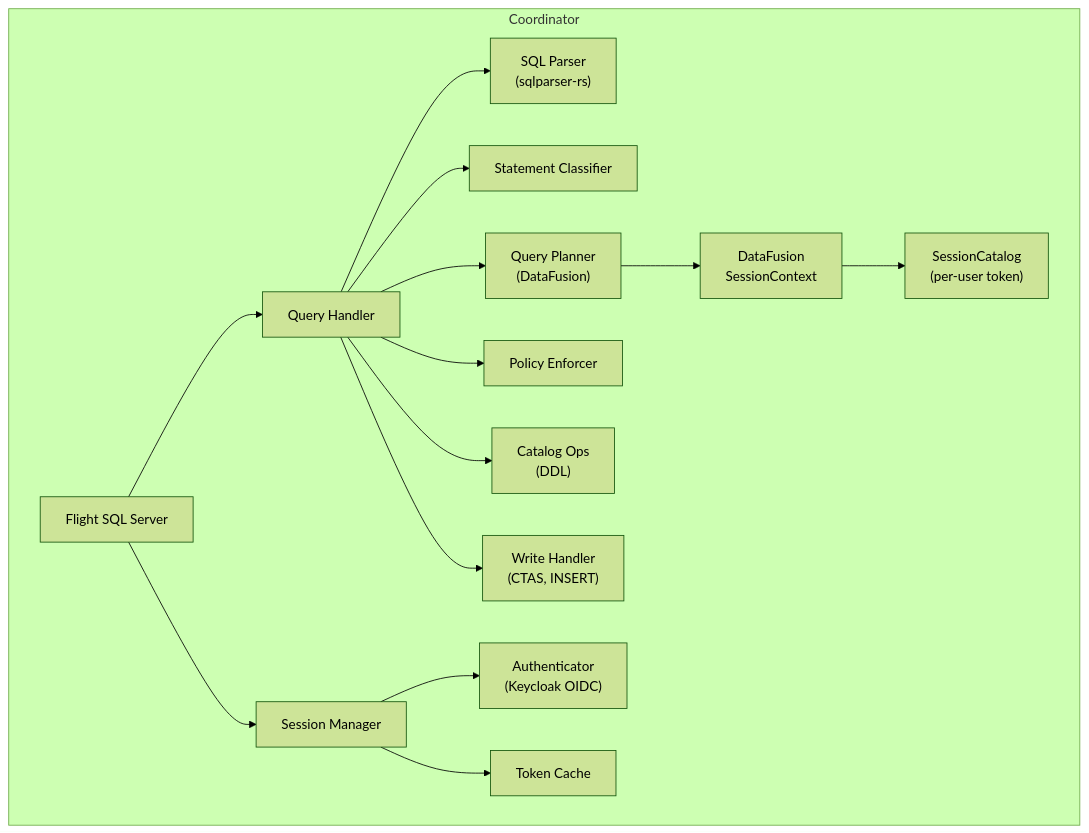
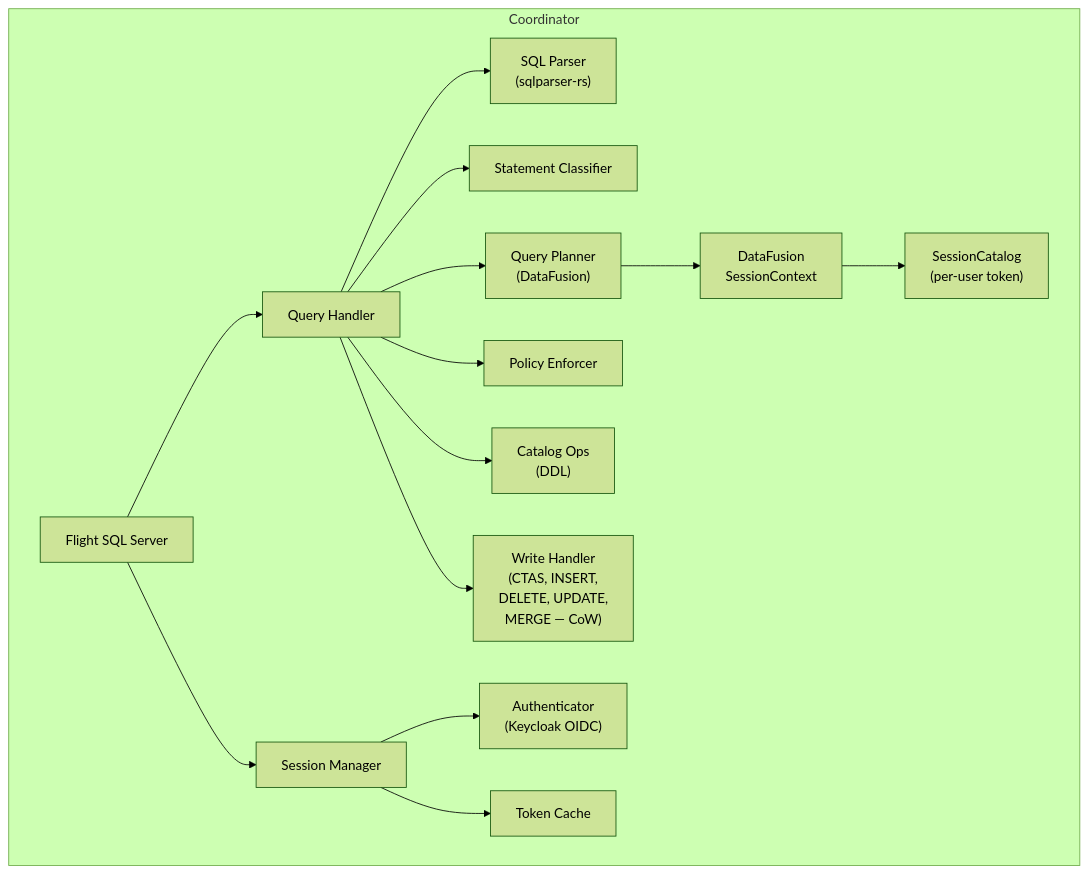
The first of 2 diagrams in docs/book/src/architecture/coordinator.md (schubergphilis/sqe), drawn with Mermaid (forest theme) before and after one commit. The commit also changed other lines of this file and 10 other files, not shown here.

First line of the commit message:
docs: update documentation for DELETE/UPDATE/MERGE and security audit

````diff
--- a/docs/book/src/architecture/coordinator.md
+++ b/docs/book/src/architecture/coordinator.md
@@ -7,20 +7,20 @@
 ```mermaid
 graph TB
     subgraph Coordinator
         FLS["Flight SQL Server"] --> SM["Session Manager"]
         FLS --> QH["Query Handler"]
 
         QH --> PARSE["SQL Parser<br/>(sqlparser-rs)"]
         QH --> CLASS["Statement Classifier"]
         QH --> PLAN["Query Planner<br/>(DataFusion)"]
         QH --> PE["Policy Enforcer"]
         QH --> CAT["Catalog Ops<br/>(DDL)"]
-        QH --> WH["Write Handler<br/>(CTAS, INSERT)"]
+        QH --> WH["Write Handler<br/>(CTAS, INSERT,<br/>DELETE, UPDATE,<br/>MERGE — CoW)"]
 
         SM --> AUTH["Authenticator<br/>(Keycloak OIDC)"]
         SM --> TC["Token Cache"]
 
         PLAN --> DF["DataFusion<br/>SessionContext"]
         DF --> SC["SessionCatalog<br/>(per-user token)"]
     end
 ```
````
